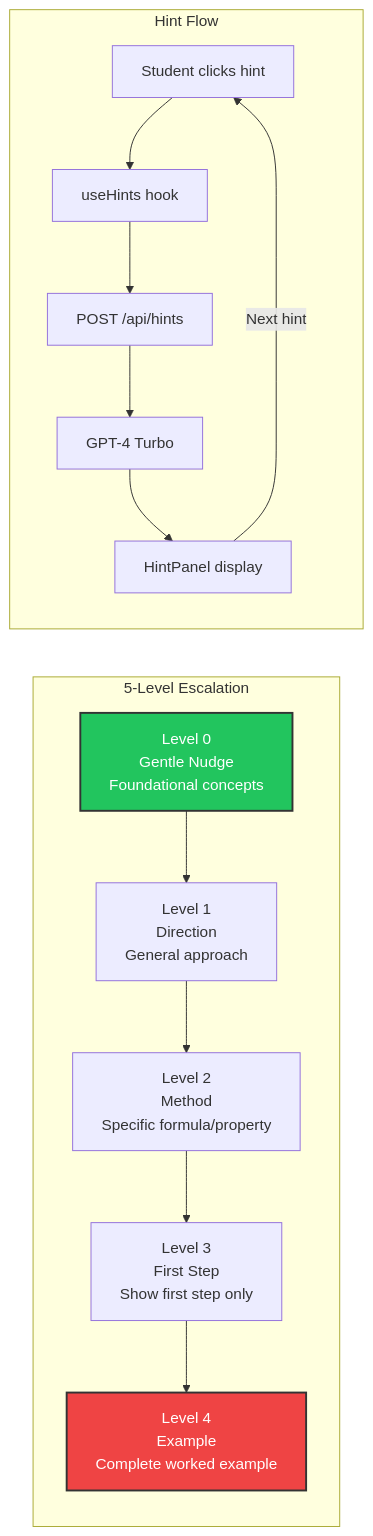
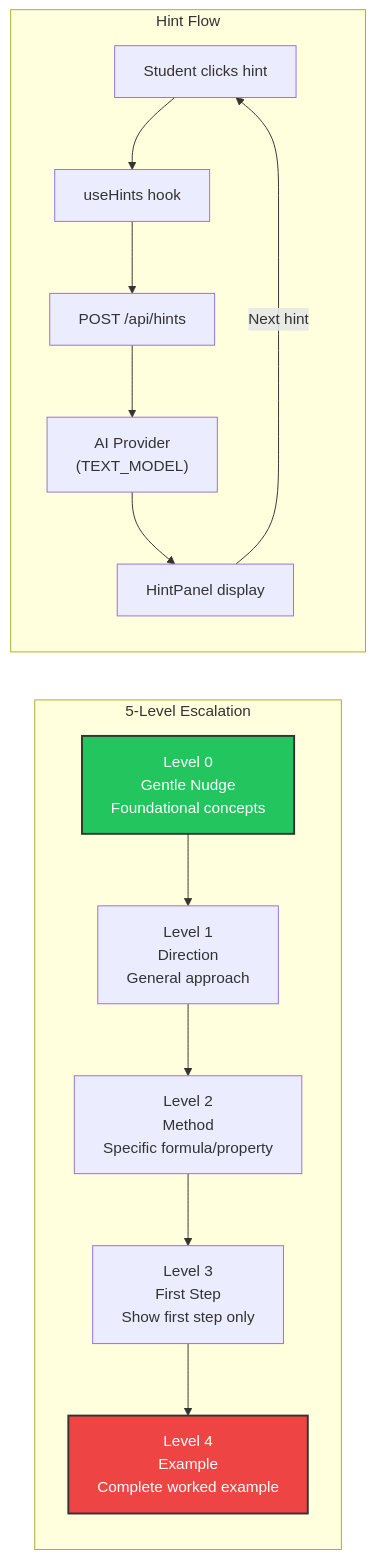
Before and after one commit to Rhoahndur/Gandalf: diagram 12 of 18 in architecture.md, drawn with Mermaid. The commit also changed other lines of this file and 1 other file, not shown here.

````diff
--- a/architecture.md
+++ b/architecture.md
@@ -430,29 +520,29 @@
 ```mermaid
 graph LR
     subgraph "5-Level Escalation"
         L0["Level 0<br/>Gentle Nudge<br/>Foundational concepts"]
         L1["Level 1<br/>Direction<br/>General approach"]
         L2["Level 2<br/>Method<br/>Specific formula/property"]
         L3["Level 3<br/>First Step<br/>Show first step only"]
         L4["Level 4<br/>Example<br/>Complete worked example"]
     end
 
     L0 --> L1 --> L2 --> L3 --> L4
 
     subgraph "Hint Flow"
         Student["Student clicks hint"]
         HintHook["useHints hook"]
         API["POST /api/hints"]
-        GPT4["GPT-4 Turbo"]
+        AIProvider["AI Provider<br/>(TEXT_MODEL)"]
         Panel["HintPanel display"]
     end
 
     Student --> HintHook
     HintHook --> API
-    API --> GPT4
-    GPT4 --> Panel
+    API --> AIProvider
+    AIProvider --> Panel
     Panel -->|"Next hint"| Student
 
     style L0 fill:#22c55e,stroke:#333,stroke-width:2px,color:#fff
     style L4 fill:#ef4444,stroke:#333,stroke-width:2px,color:#fff
 ```
````
